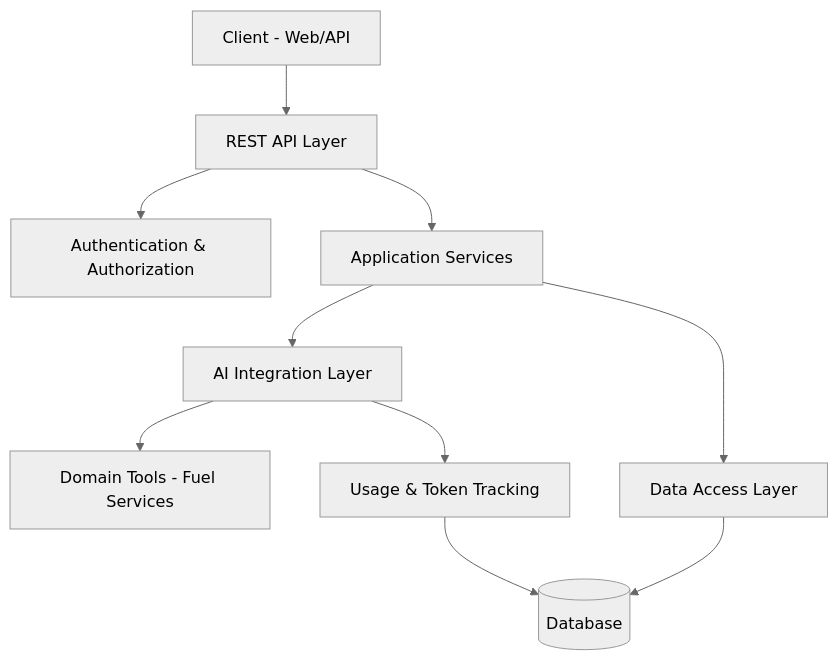
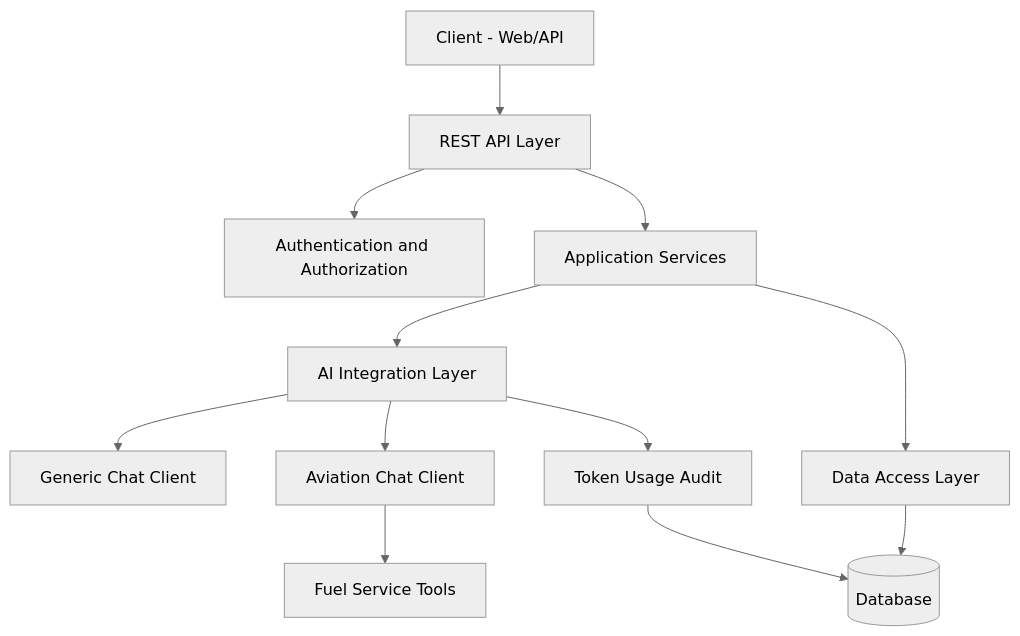
One commit to arsan13/ai-services-core changed the diagram in README.md. Above: the diagram before and after it, drawn with Mermaid (neutral theme). The commit also changed other lines of this file, not shown here.

````diff
--- a/README.md
+++ b/README.md
@@ -34,16 +37,18 @@
 ```mermaid
 flowchart TD
   Client[Client - Web/API] --> API[REST API Layer]
 
-  API --> Security[Authentication & Authorization]
+  API --> Security[Authentication and Authorization]
   API --> Services[Application Services]
 
   Services --> AI[AI Integration Layer]
-  AI --> Tools[Domain Tools - Fuel Services]
+  AI --> Generic[Generic Chat Client]
+  AI --> Aviation[Aviation Chat Client]
+  Aviation --> Tools[Fuel Service Tools]
 
   Services --> Data[Data Access Layer]
   Data --> DB[(Database)]
 
-  AI --> Audit[Usage & Token Tracking]
+  AI --> Audit[Token Usage Audit]
   Audit --> DB
 ```
````
